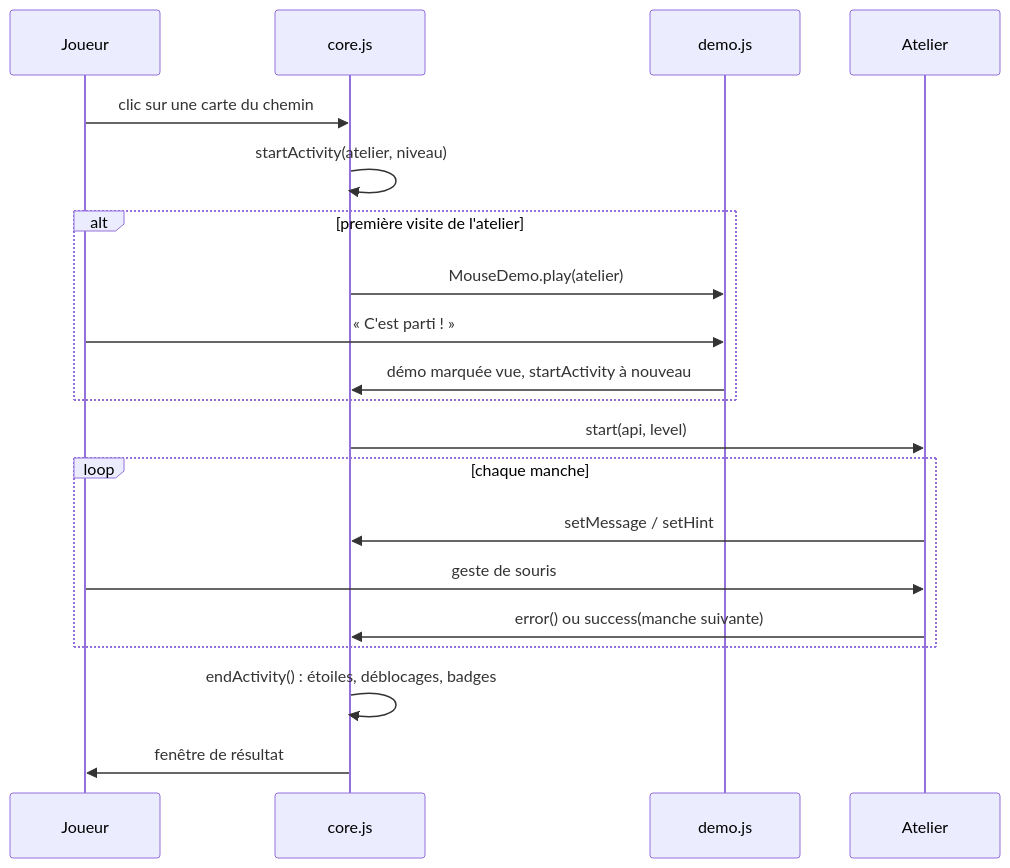
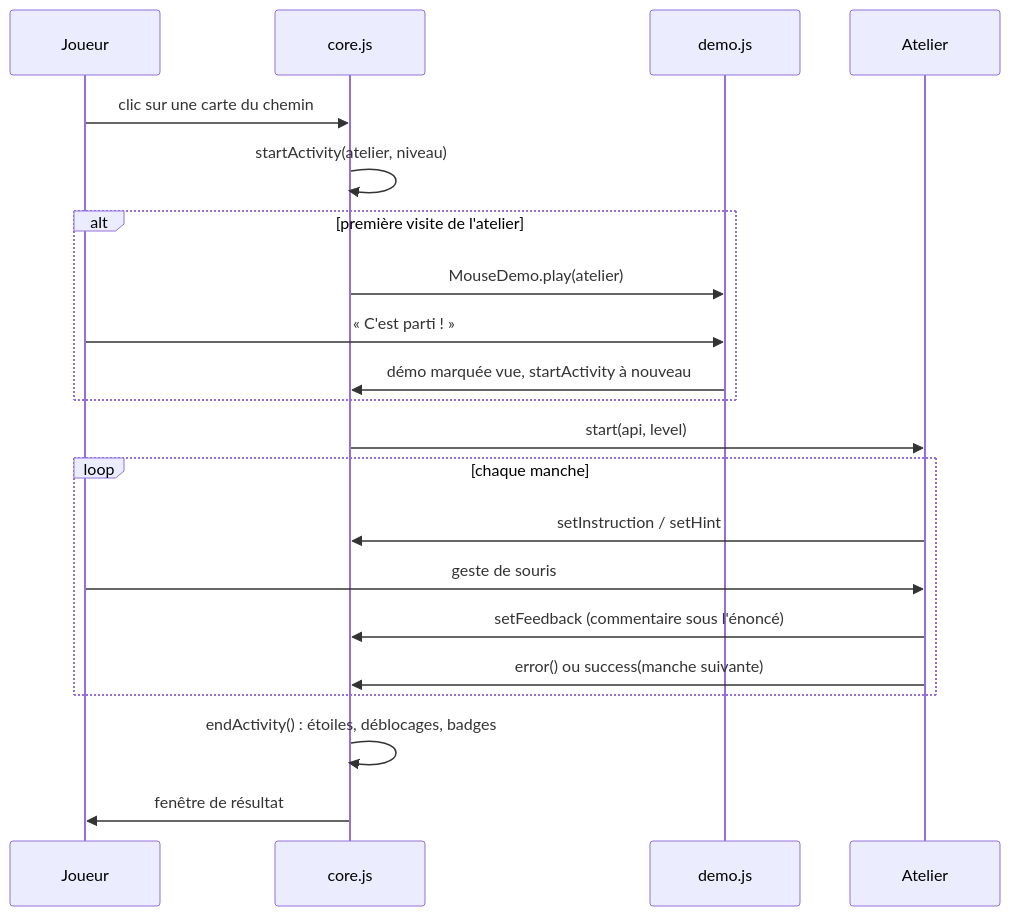
One commit to fievel20/mouse-clic-game changed the diagram in docs/architecture.md. Above: the diagram before and after it, drawn with Mermaid. The commit also changed other lines of this file and 16 other files, not shown here.

````diff
--- a/docs/architecture.md
+++ b/docs/architecture.md
@@ -62,22 +62,23 @@
 ```mermaid
 sequenceDiagram
     participant J as Joueur
     participant C as core.js
     participant D as demo.js
     participant A as Atelier
     J->>C: clic sur une carte du chemin
     C->>C: startActivity(atelier, niveau)
     alt première visite de l'atelier
         C->>D: MouseDemo.play(atelier)
         J->>D: « C'est parti ! »
         D->>C: démo marquée vue, startActivity à nouveau
     end
     C->>A: start(api, level)
     loop chaque manche
-        A->>C: setMessage / setHint
+        A->>C: setInstruction / setHint
         J->>A: geste de souris
+        A->>C: setFeedback (commentaire sous l'énoncé)
         A->>C: error() ou success(manche suivante)
     end
     C->>C: endActivity() : étoiles, déblocages, badges
     C->>J: fenêtre de résultat
 ```
````
